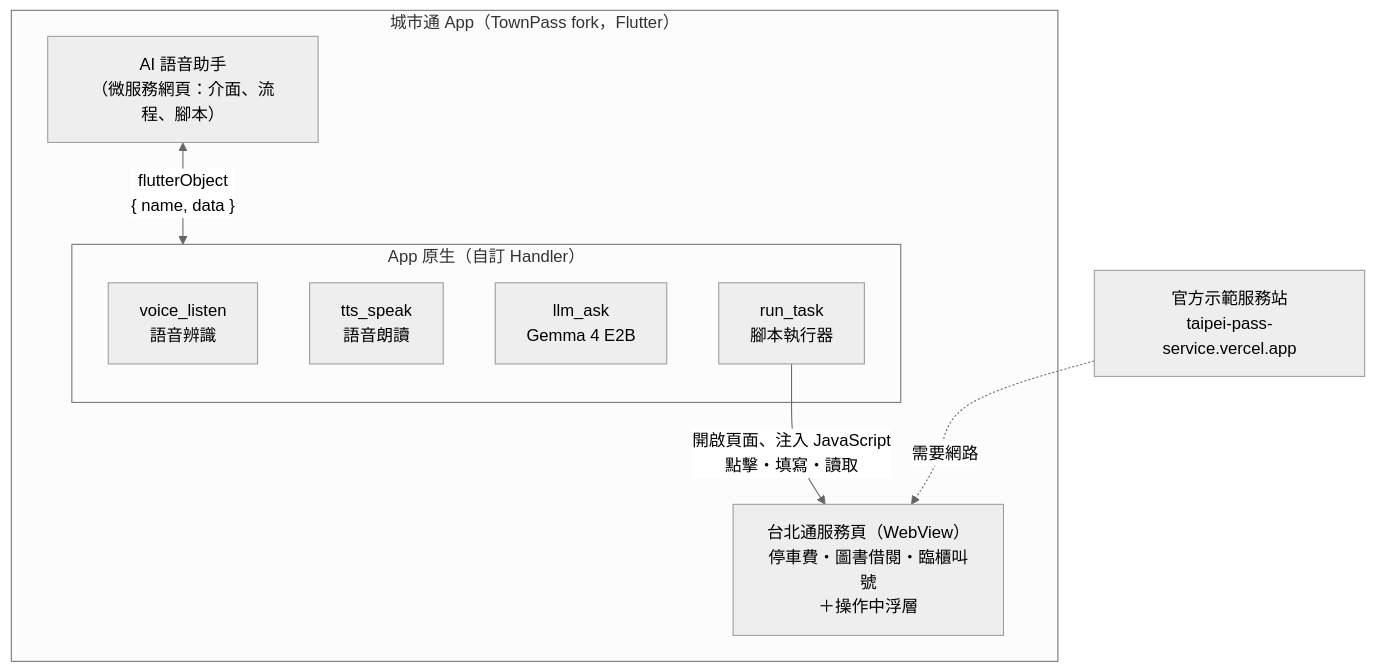
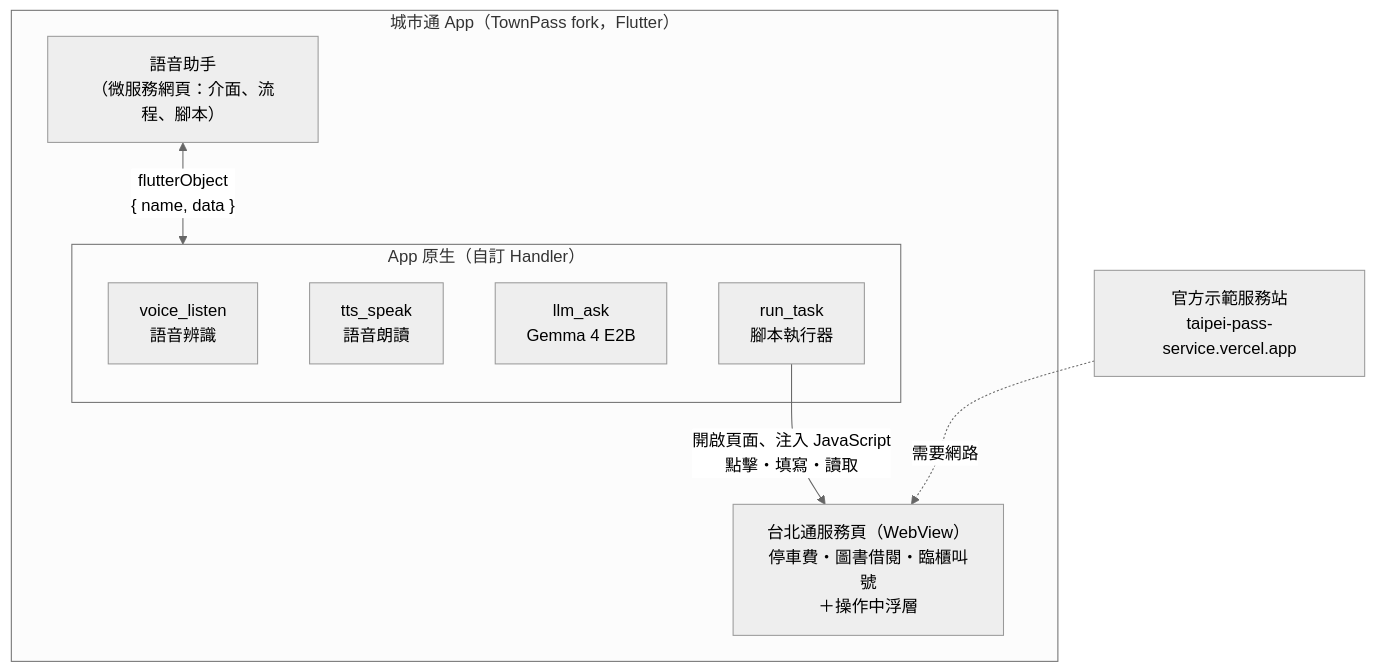
Before and after one commit to jsyang0322/TPE_Codefest2026: the first of 2 diagrams in docs/系統設計文件.md, drawn with Mermaid (neutral theme). The commit also changed other lines of this file and 2 other files, not shown here.

Commit message:
Rename AI 語音助手 to 語音助手

````diff
--- a/docs/系統設計文件.md
+++ b/docs/系統設計文件.md
@@ -59,16 +59,16 @@
 ```mermaid
 flowchart TB
     subgraph App["城市通 App（TownPass fork，Flutter）"]
-        Web["AI 語音助手<br/>（微服務網頁：介面、流程、腳本）"]
+        Web["語音助手<br/>（微服務網頁：介面、流程、腳本）"]
         subgraph Native["App 原生（自訂 Handler）"]
             STT["voice_listen<br/>語音辨識"]
             TTS["tts_speak<br/>語音朗讀"]
             LLM["llm_ask<br/>Gemma 4 E2B"]
             RUN["run_task<br/>腳本執行器"]
         end
         Svc["台北通服務頁（WebView）<br/>停車費・圖書借閱・臨櫃叫號<br/>＋操作中浮層"]
         Web <-- "flutterObject<br/>{ name, data }" --> Native
         RUN -- "開啟頁面、注入 JavaScript<br/>點擊・填寫・讀取" --> Svc
     end
     Site["官方示範服務站<br/>taipei-pass-service.vercel.app"] -. "需要網路" .-> Svc
 ```
````
